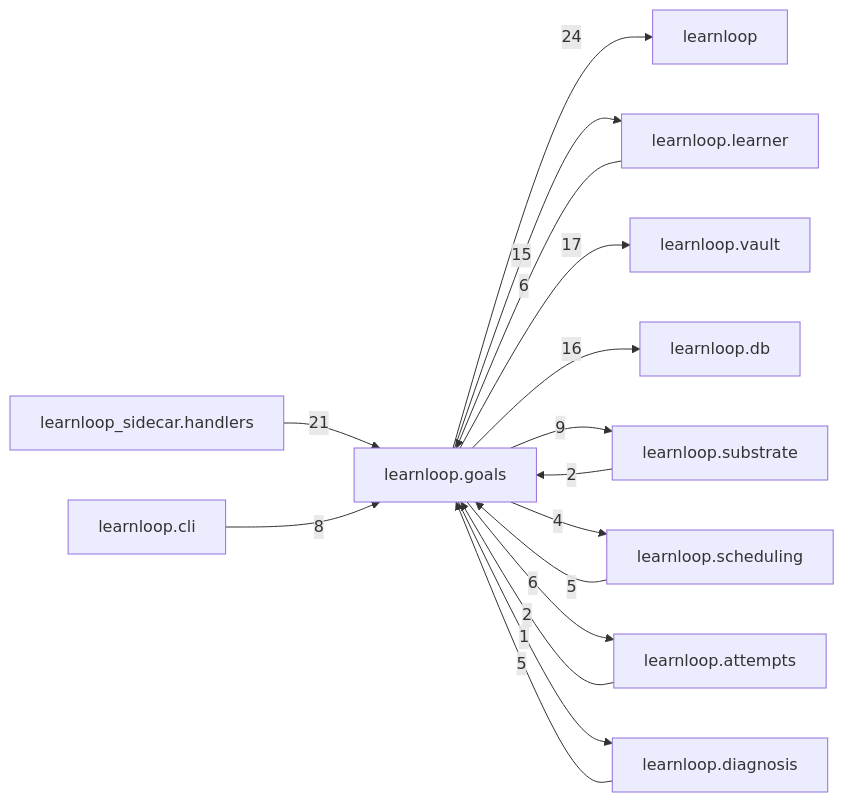
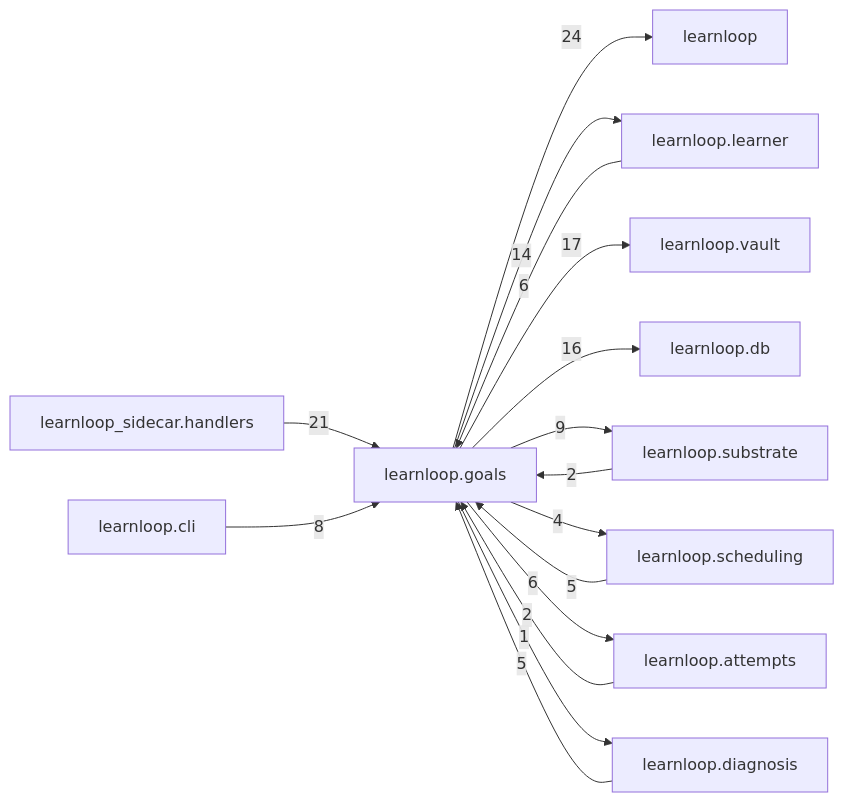
Before and after one commit to 6up-b/learnanything: the diagram in docs/learnloop-architecture-vault/Reference/Modules/learnloop/goals/_package.md, drawn with Mermaid. The commit also changed other lines of this file and 53 other files, not shown here.

````diff
--- a/docs/learnloop-architecture-vault/Reference/Modules/learnloop/goals/_package.md
+++ b/docs/learnloop-architecture-vault/Reference/Modules/learnloop/goals/_package.md
@@ -128,29 +128,29 @@
 ```mermaid
 flowchart LR
     center["learnloop.goals"]
     n_learnloop["learnloop"]
+    n_learnloop_sidecar_handlers["learnloop_sidecar.handlers"]
     n_learnloop_learner["learnloop.learner"]
-    n_learnloop_sidecar_handlers["learnloop_sidecar.handlers"]
     n_learnloop_vault["learnloop.vault"]
     n_learnloop_db["learnloop.db"]
     n_learnloop_substrate["learnloop.substrate"]
     n_learnloop_scheduling["learnloop.scheduling"]
     n_learnloop_attempts["learnloop.attempts"]
     n_learnloop_cli["learnloop.cli"]
     n_learnloop_diagnosis["learnloop.diagnosis"]
     center -->|24| n_learnloop
+    n_learnloop_sidecar_handlers -->|21| center
     n_learnloop_learner -->|6| center
-    center -->|15| n_learnloop_learner
-    n_learnloop_sidecar_handlers -->|21| center
+    center -->|14| n_learnloop_learner
     center -->|17| n_learnloop_vault
     center -->|16| n_learnloop_db
     n_learnloop_substrate -->|2| center
     center -->|9| n_learnloop_substrate
     n_learnloop_scheduling -->|5| center
     center -->|4| n_learnloop_scheduling
     n_learnloop_attempts -->|2| center
     center -->|6| n_learnloop_attempts
     n_learnloop_cli -->|8| center
     n_learnloop_diagnosis -->|5| center
     center -->|1| n_learnloop_diagnosis
 ```
````
